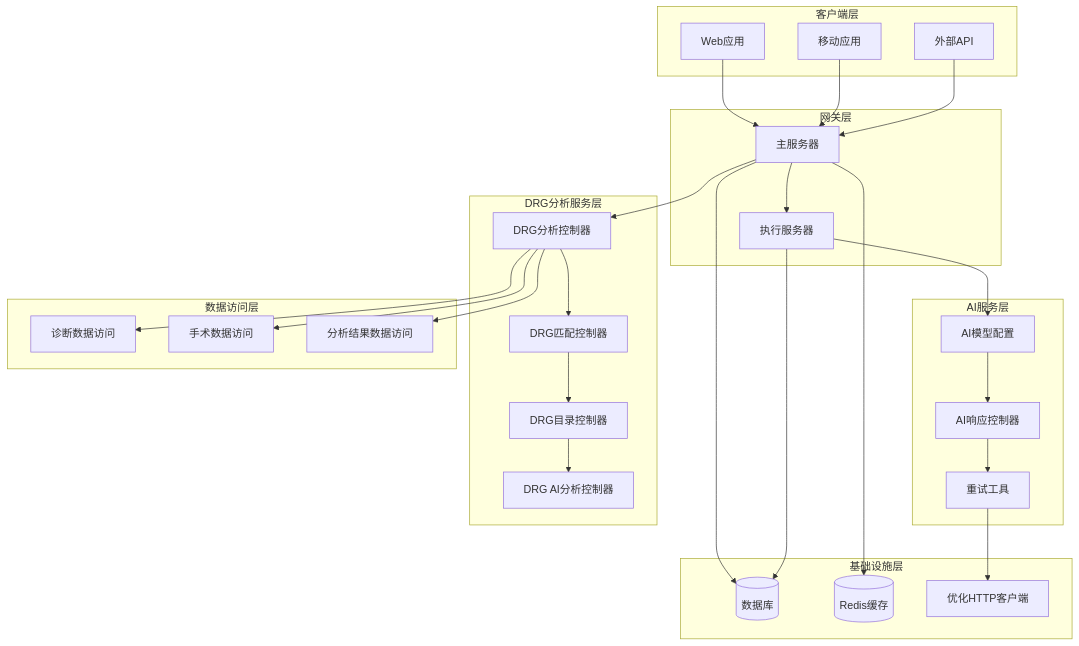
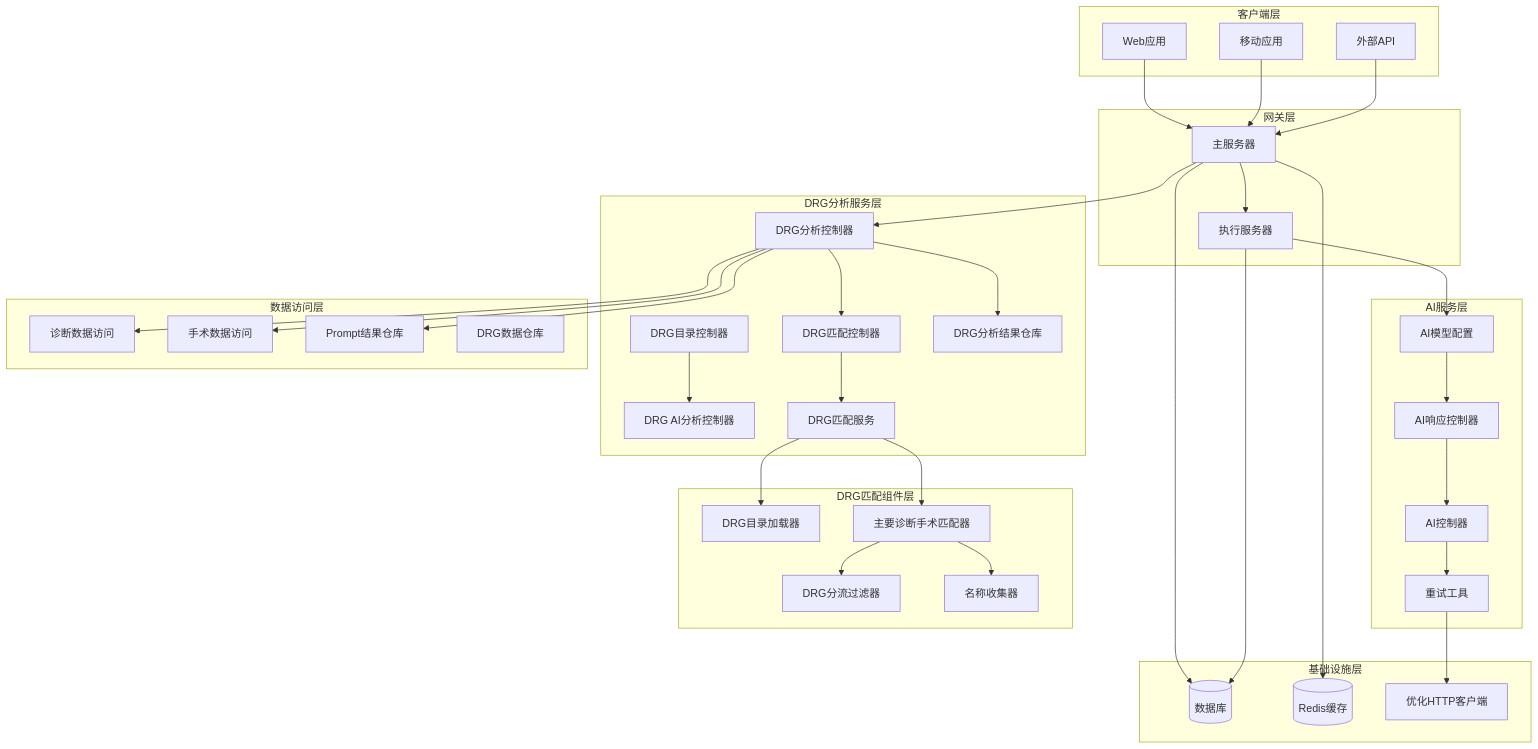
One commit to liuzh2008/med_ai_assistant_workspace changed the first of 22 diagrams in .qoder/repowiki/zh/content/核心功能模块/DRG分析系统增强.md. Above: the diagram before and after it, drawn with Mermaid. The commit also changed other lines of this file and 5 other files, not shown here.

````diff
--- a/.qoder/repowiki/zh/content/核心功能模块/DRG分析系统增强.md
+++ b/.qoder/repowiki/zh/content/核心功能模块/DRG分析系统增强.md
@@ -91,51 +103,67 @@
 ```mermaid
 graph TB
 subgraph "客户端层"
 WebApp[Web应用]
 MobileApp[移动应用]
 API[外部API]
 end
 subgraph "网关层"
 MainServer[主服务器]
 ExecutionServer[执行服务器]
 end
 subgraph "AI服务层"
 AIModelConfig[AI模型配置]
 AIResponseController[AI响应控制器]
+AIController[AI控制器]
 RetryUtil[重试工具]
 end
 subgraph "DRG分析服务层"
 DrgAnalysisController[DRG分析控制器]
 DrgMatchingController[DRG匹配控制器]
 DrgCatalogController[DRG目录控制器]
 DrgAiAnalysisController[DRG AI分析控制器]
+DrgMatchingService[DRG匹配服务]
+DrgAnalysisResultRepository[DRG分析结果仓库]
+end
+subgraph "DRG匹配组件层"
+DrgCatalogLoader[DRG目录加载器]
+PrimaryDiagnosisProcedureMatcher[主要诊断手术匹配器]
+DrgFilter[DRG分流过滤器]
+NameCollector[名称收集器]
 end
 subgraph "数据访问层"
 DiagnosisRepository[诊断数据访问]
 SurgeryRepository[手术数据访问]
-DrgAnalysisResultRepository[分析结果数据访问]
+PromptResultRepository[Prompt结果仓库]
+DrgRepository[DRG数据仓库]
 end
 subgraph "基础设施层"
 Database[(数据库)]
 Redis[(Redis缓存)]
 HttpClient[优化HTTP客户端]
 end
 WebApp --> MainServer
 MobileApp --> MainServer
 API --> MainServer
 MainServer --> ExecutionServer
 ExecutionServer --> AIModelConfig
 AIModelConfig --> AIResponseController
-AIResponseController --> RetryUtil
+AIResponseController --> AIController
+AIController --> RetryUtil
 RetryUtil --> HttpClient
 MainServer --> DrgAnalysisController
 DrgAnalysisController --> DrgMatchingController
-DrgMatchingController --> DrgCatalogController
+DrgMatchingController --> DrgMatchingService
+DrgMatchingService --> DrgCatalogLoader
+DrgMatchingService --> PrimaryDiagnosisProcedureMatcher
+PrimaryDiagnosisProcedureMatcher --> DrgFilter
+PrimaryDiagnosisProcedureMatcher --> NameCollector
 DrgCatalogController --> DrgAiAnalysisController
+DrgAnalysisController --> DrgAnalysisResultRepository
 DrgAnalysisController --> DiagnosisRepository
 DrgAnalysisController --> SurgeryRepository
-DrgAnalysisController --> DrgAnalysisResultRepository
+DrgAnalysisController --> PromptResultRepository
 MainServer --> Database
 MainServer --> Redis
 ExecutionServer --> Database
 ```
````
